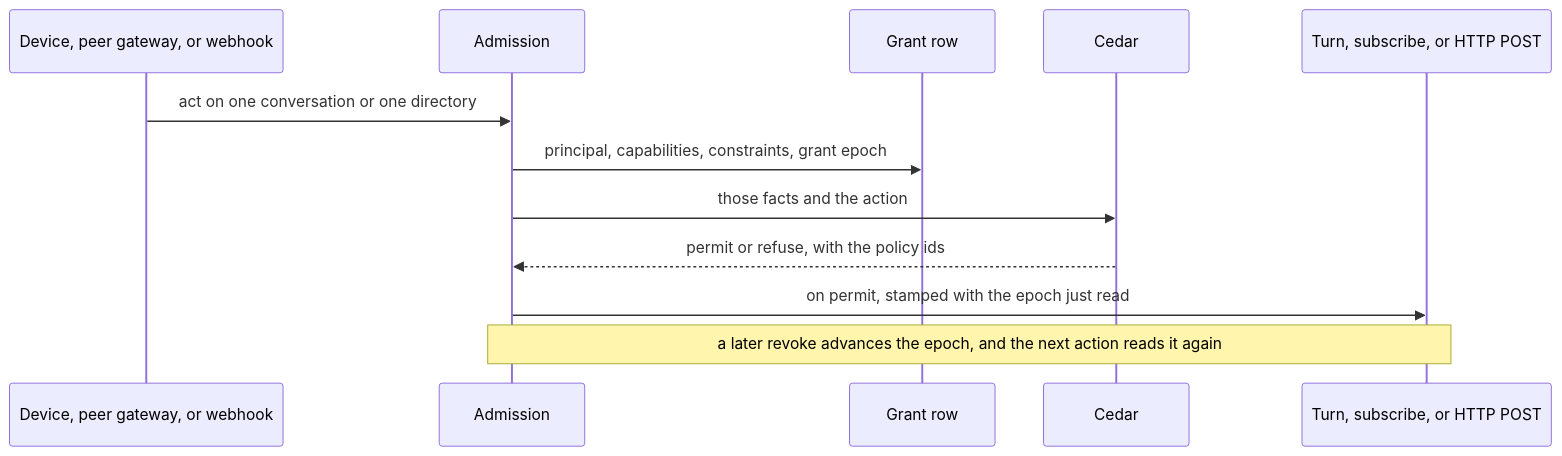
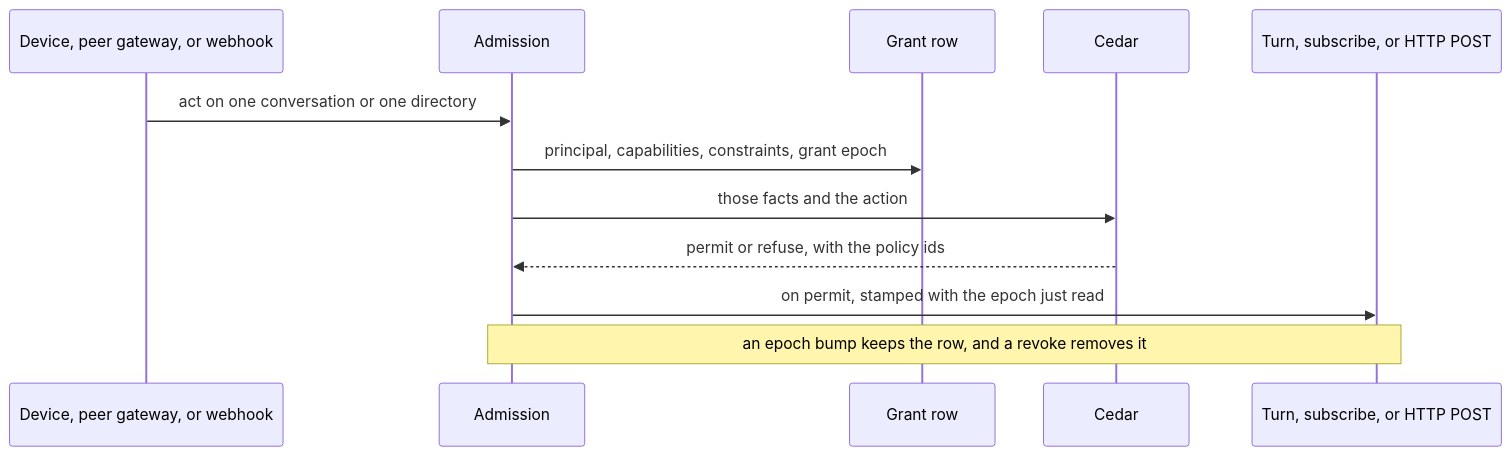
Before and after one commit to nessalabs/nessa-agent: the second of 6 diagrams in docs/design/access-grants.md, drawn with Mermaid. The commit also changed other lines of this file, not shown here.

````diff
--- a/docs/design/access-grants.md
+++ b/docs/design/access-grants.md
@@ -69,14 +69,14 @@
 ```mermaid
 sequenceDiagram
   participant Caller as Device, peer gateway, or webhook
   participant Admit as Admission
   participant Row as Grant row
   participant Cedar
   participant Effect as Turn, subscribe, or HTTP POST
   Caller->>Admit: act on one conversation or one directory
   Admit->>Row: principal, capabilities, constraints, grant epoch
   Admit->>Cedar: those facts and the action
   Cedar-->>Admit: permit or refuse, with the policy ids
   Admit->>Effect: on permit, stamped with the epoch just read
-  Note over Admit,Effect: a later revoke advances the epoch, and the next action reads it again
+  Note over Admit,Effect: an epoch bump keeps the row, and a revoke removes it
 ```
````
